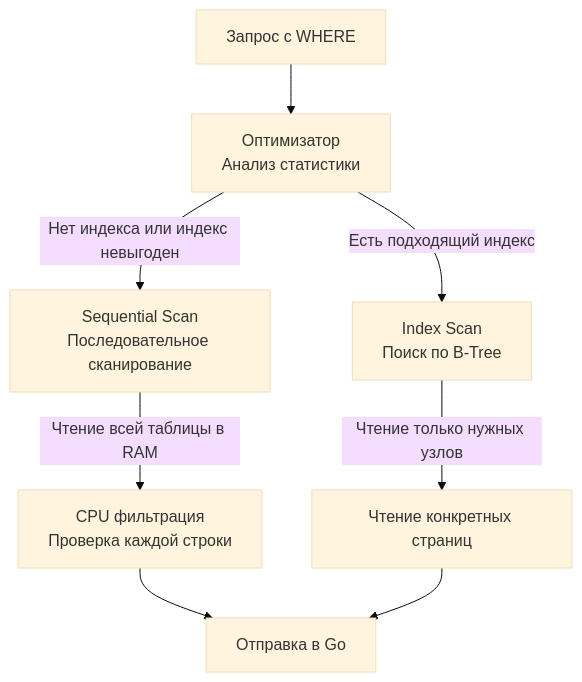
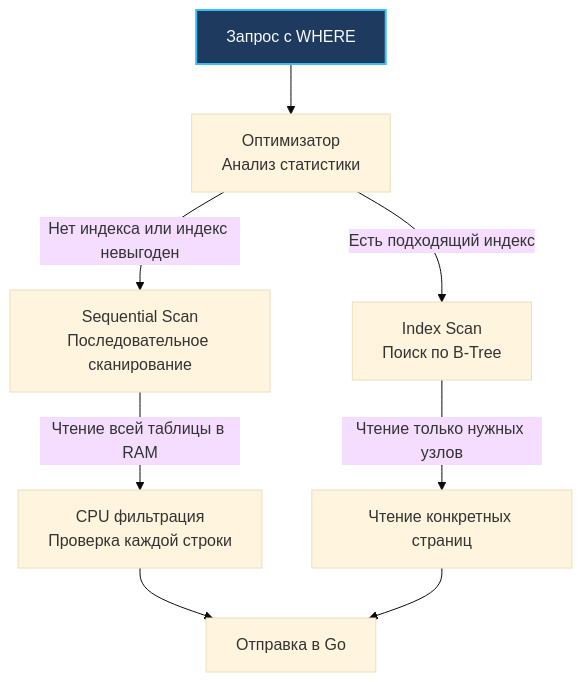
Before and after one commit to UnrealTemplier/go-textbook: the diagram in sources/12. Базы данных/02. SQL базовый/3. WHERE и фильтрация.md, drawn with Mermaid (base theme). The commit also changed 1666 other files, not shown here.

First line of the commit message:
feat(mermaid): add semantic color classDef to 1369 colorless flowchart/graph diagrams

````diff
--- a/sources/12. Базы данных/02. SQL базовый/3. WHERE и фильтрация.md
+++ b/sources/12. Базы данных/02. SQL базовый/3. WHERE и фильтрация.md
@@ -18,12 +18,22 @@
 ```mermaid
 flowchart TD
-    Start["Запрос с WHERE"] --> Optimizer["Оптимизатор<br>Анализ статистики"]
+    classDef process  fill:#1e293b,stroke:#38bdf8,stroke-width:1px,color:#f8fafc
+    classDef success  fill:#064e3b,stroke:#34d399,stroke-width:1px,color:#f8fafc
+    classDef error    fill:#7f1d1d,stroke:#f87171,stroke-width:1px,color:#f8fafc
+    classDef warning  fill:#78350f,stroke:#fbbf24,stroke-width:1px,color:#f8fafc
+    classDef entry    fill:#1e3a5f,stroke:#38bdf8,stroke-width:2px,color:#f8fafc
+    classDef aux      fill:#334155,stroke:#64748b,stroke-width:1px,color:#f8fafc
+    classDef system   fill:#312e81,stroke:#a78bfa,stroke-width:1px,color:#f8fafc
+    classDef data     fill:#132d29,stroke:#2dd4bf,stroke-width:1px,color:#f8fafc
+    classDef network  fill:#881337,stroke:#fb7185,stroke-width:1px,color:#f8fafc
+    classDef accent   fill:#1e1b4b,stroke:#818cf8,stroke-width:1px,color:#f8fafc
+    Start["Запрос с WHERE"]:::entry --> Optimizer["Оптимизатор<br>Анализ статистики"]
     Optimizer -->|"Нет индекса или индекс невыгоден"| SeqScan["Sequential Scan<br>Последовательное сканирование"]
     Optimizer -->|"Есть подходящий индекс"| IndexScan["Index Scan<br>Поиск по B-Tree"]
     
     SeqScan -->|"Чтение всей таблицы в RAM"| CPUFilter["CPU фильтрация<br>Проверка каждой строки"]
     IndexScan -->|"Чтение только нужных узлов"| ReadPages["Чтение конкретных страниц"]
     
     CPUFilter --> Result["Отправка в Go"]
     ReadPages --> Result
 ```
````
